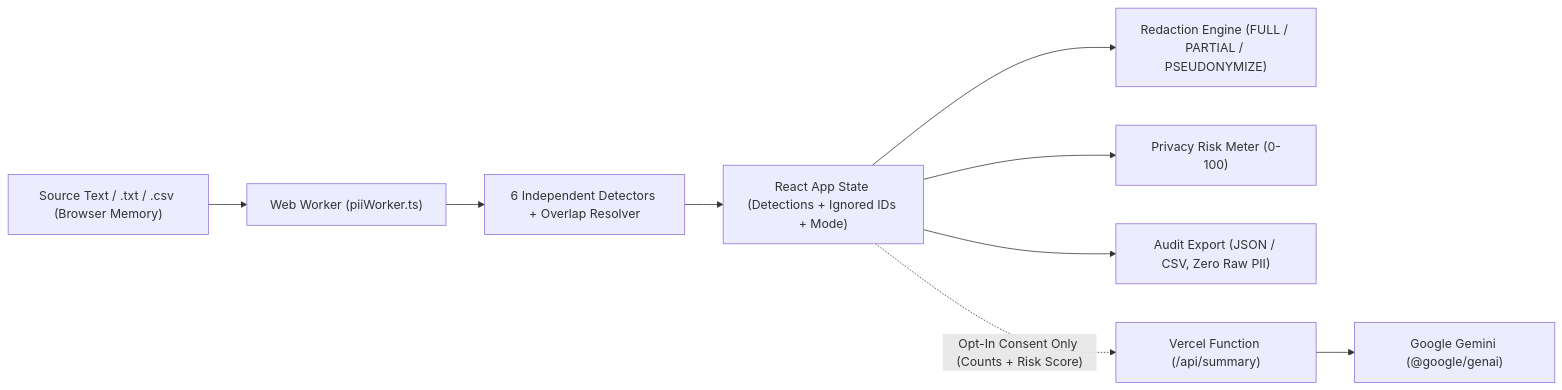
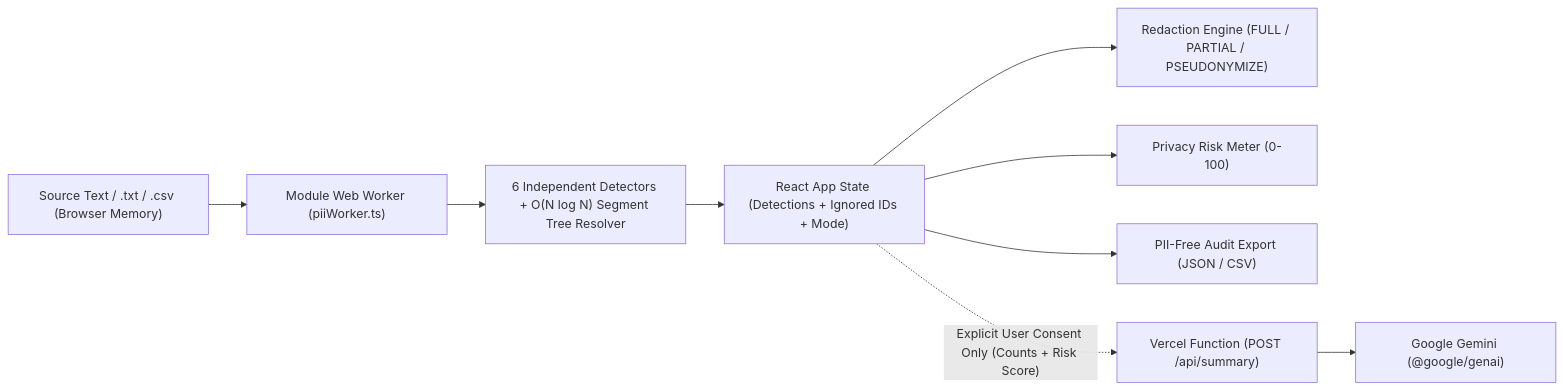
The diagram in README.md (Sunny-29-blip/pw2-cycloces), drawn with Mermaid before and after one commit. The commit also changed other lines of this file and 7 other files, not shown here.

````diff
--- a/README.md
+++ b/README.md
@@ -50,11 +35,11 @@
 ```mermaid
 flowchart LR
-  Input["Source Text / .txt / .csv (Browser Memory)"] --> Worker["Web Worker (piiWorker.ts)"]
-  Worker --> Detectors["6 Independent Detectors + Overlap Resolver"]
+  Input["Source Text / .txt / .csv (Browser Memory)"] --> Worker["Module Web Worker (piiWorker.ts)"]
+  Worker --> Detectors["6 Independent Detectors + O(N log N) Segment Tree Resolver"]
   Detectors --> State["React App State (Detections + Ignored IDs + Mode)"]
   State --> Redactor["Redaction Engine (FULL / PARTIAL / PSEUDONYMIZE)"]
   State --> Risk["Privacy Risk Meter (0-100)"]
-  State --> Audit["Audit Export (JSON / CSV, Zero Raw PII)"]
-  State -. "Opt-In Consent Only (Counts + Risk Score)" .-> Api["Vercel Function (/api/summary)"]
+  State --> Audit["PII-Free Audit Export (JSON / CSV)"]
+  State -. "Explicit User Consent Only (Counts + Risk Score)" .-> Api["Vercel Function (POST /api/summary)"]
   Api --> Gemini["Google Gemini (@google/genai)"]
 ```
````
